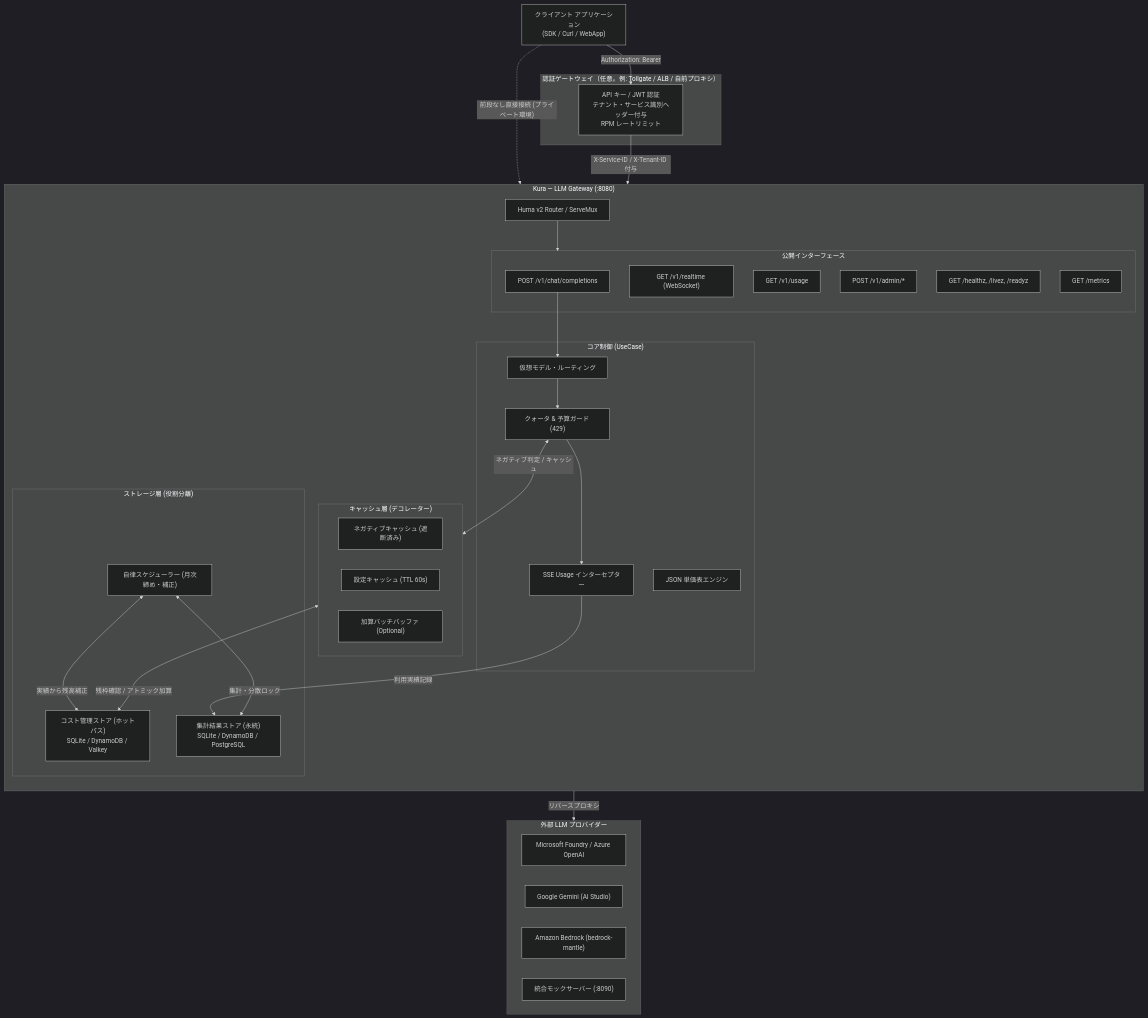
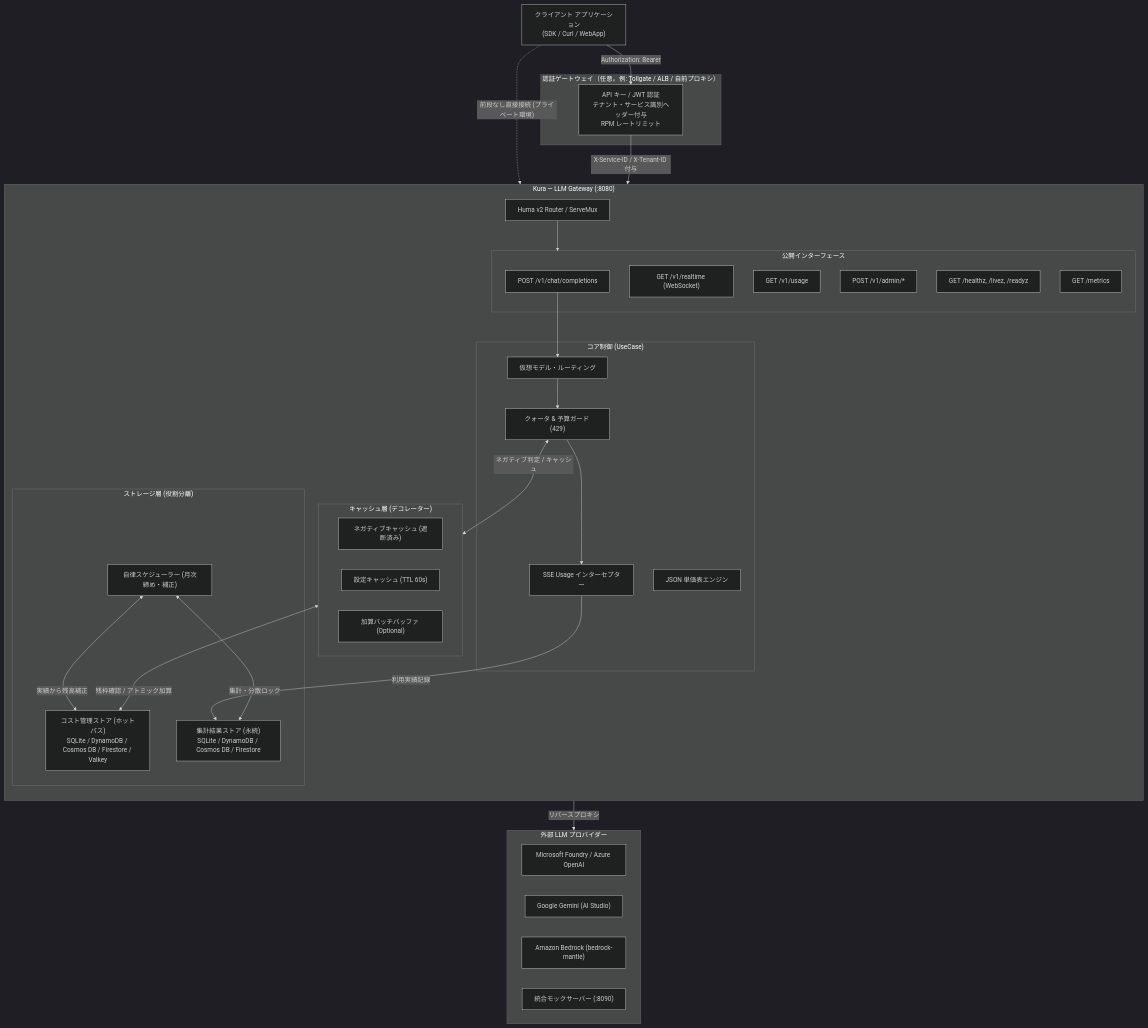
One commit to kanmon-hq/kura changed the second of 2 diagrams in README.md. Above: the diagram before and after it, drawn with Mermaid (dark theme). The commit also changed 15 other files, not shown here.

````diff
--- a/README.md
+++ b/README.md
@@ -254,60 +254,60 @@
 ```mermaid
 flowchart TD
     Client["クライアント アプリケーション<br/>(SDK / Curl / WebApp)"]
     
     subgraph AuthLayer ["認証ゲートウェイ（任意。例: Tollgate / ALB / 自前プロキシ）"]
         AUTH["API キー / JWT 認証<br/>テナント・サービス識別ヘッダー付与<br/>RPM レートリミット"]
     end
 
     subgraph Kura ["Kura — LLM Gateway (:8080)"]
         direction TB
         ROUTER["Huma v2 Router / ServeMux"]
 
         subgraph Endpoints ["公開インターフェース"]
             CHAT["POST /v1/chat/completions"]
             REALTIME["GET /v1/realtime (WebSocket)"]
             USAGE["GET /v1/usage"]
             ADMIN["POST /v1/admin/*"]
             HEALTH["GET /healthz, /livez, /readyz"]
             METRICS["GET /metrics"]
         end
 
         subgraph CoreLogic ["コア制御 (UseCase)"]
             ALIAS["仮想モデル・ルーティング"]
             QUOTA["クォータ & 予算ガード (429)"]
             PRICING["JSON 単価表エンジン"]
             STREAM["SSE Usage インターセプター"]
         end
 
         subgraph CacheLayer ["キャッシュ層 (デコレーター)"]
             NEG_CACHE["ネガティブキャッシュ (遮断済み)"]
             CFG_CACHE["設定キャッシュ (TTL 60s)"]
             BATCH_BUF["加算バッチバッファ (Optional)"]
         end
 
         subgraph StorageLayer ["ストレージ層 (役割分離)"]
-            COST_STORE["コスト管理ストア (ホットパス)<br/>SQLite / DynamoDB / Valkey"]
-            USAGE_STORE["集計結果ストア (永続)<br/>SQLite / DynamoDB / PostgreSQL"]
+            COST_STORE["コスト管理ストア (ホットパス)<br/>SQLite / DynamoDB / Cosmos DB / Firestore / Valkey"]
+            USAGE_STORE["集計結果ストア (永続)<br/>SQLite / DynamoDB / Cosmos DB / Firestore"]
             CRON["自律スケジューラー (月次締め・補正)"]
         end
     end
 
     subgraph Providers ["外部 LLM プロバイダー"]
         AZURE["Microsoft Foundry / Azure OpenAI"]
         GEMINI["Google Gemini (AI Studio)"]
         BEDROCK["Amazon Bedrock (bedrock-mantle)"]
         MOCK["統合モックサーバー (:8090)"]
     end
 
     Client -.->|"前段なし直接接続 (プライベート環境)"| ROUTER
     Client -->|"Authorization: Bearer <key>"| AUTH
     AUTH -->|"X-Service-ID / X-Tenant-ID 付与"| ROUTER
     ROUTER --> Endpoints
     CHAT --> ALIAS --> QUOTA --> STREAM
     QUOTA <-->|"ネガティブ判定 / キャッシュ"| CacheLayer
     CacheLayer <-->|"残枠確認 / アトミック加算"| COST_STORE
     STREAM -->|"利用実績記録"| USAGE_STORE
     STREAM -->|"リバースプロキシ"| Providers
     CRON <-->|"実績から残高補正"| COST_STORE
     CRON <-->|"集計・分散ロック"| USAGE_STORE
 ```
````
